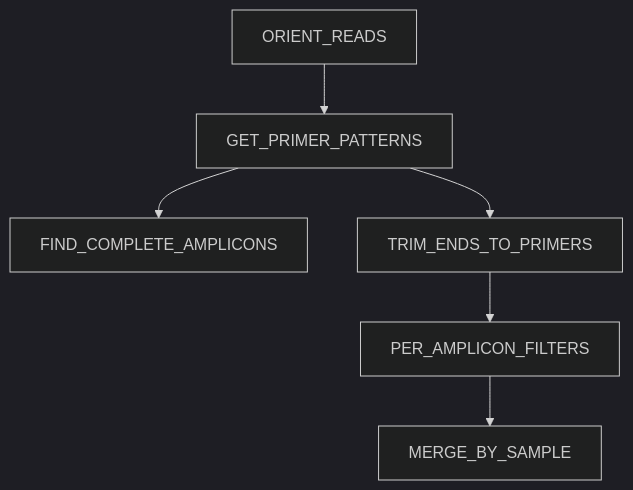
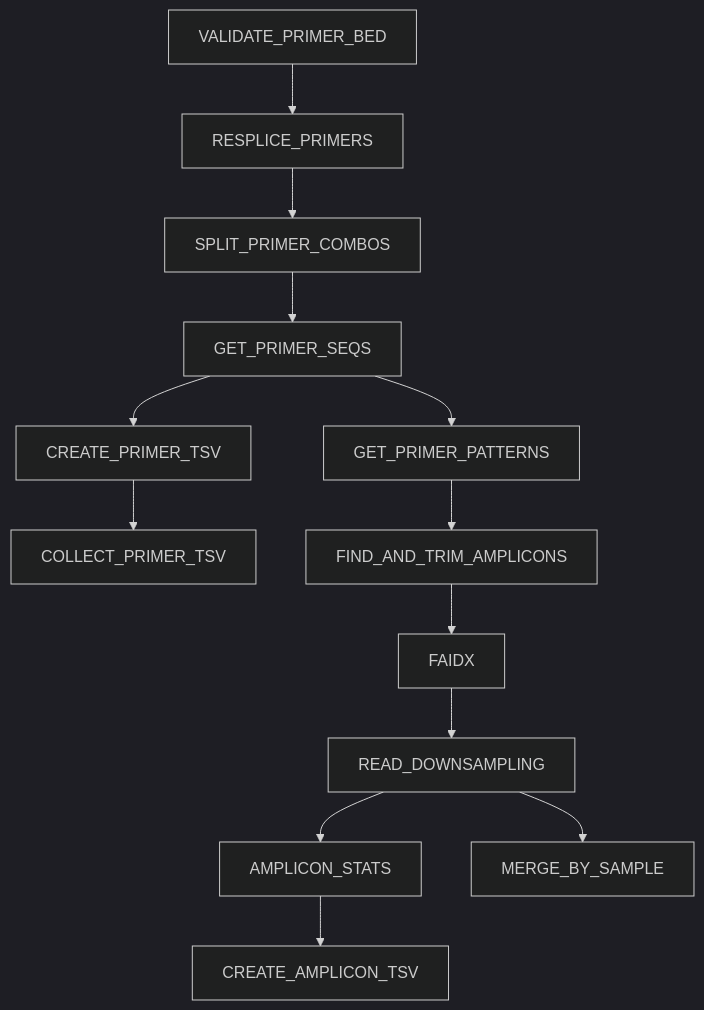
Before and after one commit to nrminor/oneroof: the sixth of 13 diagrams in docs/pipeline_architecture.md, drawn with Mermaid (dark theme). The commit also changed other lines of this file and 18 other files, not shown here.

````diff
--- a/docs/pipeline_architecture.md
+++ b/docs/pipeline_architecture.md
@@ -187,8 +207,15 @@
 ``` mermaid
 graph TD
-    A[ORIENT_READS] --> B[GET_PRIMER_PATTERNS]
-    B --> C[FIND_COMPLETE_AMPLICONS]
-    B --> D[TRIM_ENDS_TO_PRIMERS]
-    D --> E[PER_AMPLICON_FILTERS]
-    E --> F[MERGE_BY_SAMPLE]
+    A[VALIDATE_PRIMER_BED] --> B[RESPLICE_PRIMERS]
+    B --> C[SPLIT_PRIMER_COMBOS]
+    C --> D[GET_PRIMER_SEQS]
+    D --> E[GET_PRIMER_PATTERNS]
+    D --> F[CREATE_PRIMER_TSV]
+    F --> G[COLLECT_PRIMER_TSV]
+    E --> H[FIND_AND_TRIM_AMPLICONS]
+    H --> I[FAIDX]
+    I --> J[READ_DOWNSAMPLING]
+    J --> K[AMPLICON_STATS]
+    J --> L[MERGE_BY_SAMPLE]
+    K --> M[CREATE_AMPLICON_TSV]
 ```
````
